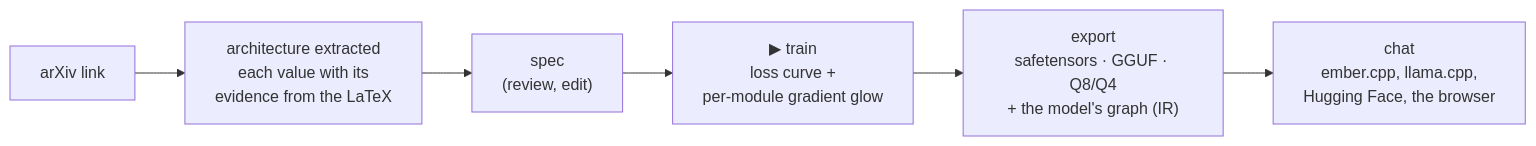
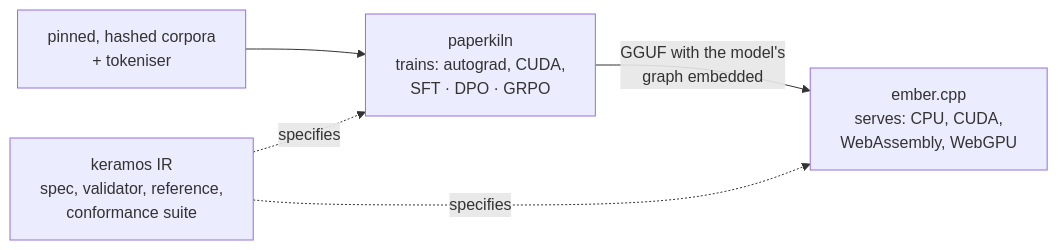
Before and after one commit to JohnnyTeutonic/paperkiln: the diagram in README.md, drawn with Mermaid. The commit also changed other lines of this file and 3 other files, not shown here.

````diff
--- a/README.md
+++ b/README.md
@@ -16,8 +15,7 @@
 ```mermaid
 flowchart LR
-    P["arXiv link"] --> X["architecture extracted<br/>each value with its<br/>evidence from the LaTeX"]
-    X --> S["spec<br/>(review, edit)"]
-    S --> T["▶ train<br/>loss curve +<br/>per-module gradient glow"]
-    T --> E["export<br/>safetensors · GGUF · Q8/Q4<br/>+ the model's graph (IR)"]
-    E --> C["chat<br/>ember.cpp, llama.cpp,<br/>Hugging Face, the browser"]
+    D["pinned, hashed corpora<br/>+ tokeniser"] --> P["paperkiln<br/>trains: autograd, CUDA,<br/>SFT · DPO · GRPO"]
+    P -->|"GGUF with the model's<br/>graph embedded"| E["ember.cpp<br/>serves: CPU, CUDA,<br/>WebAssembly, WebGPU"]
+    K["keramos IR<br/>spec, validator, reference,<br/>conformance suite"] -.->|specifies| P
+    K -.->|specifies| E
 ```
````
